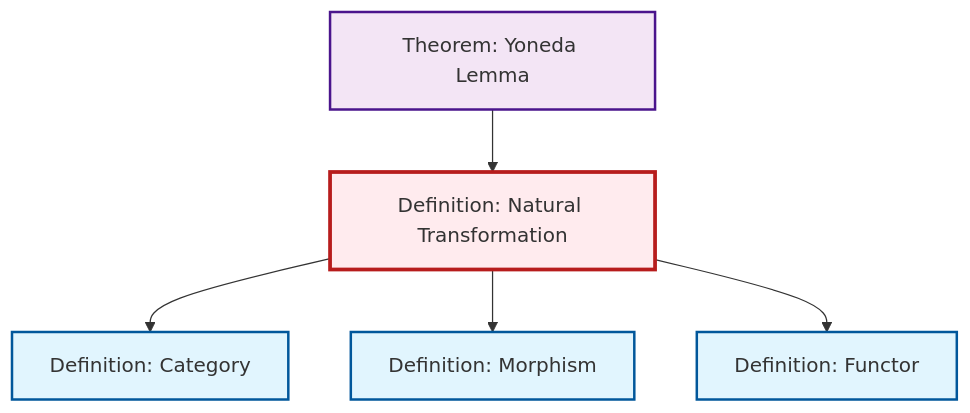
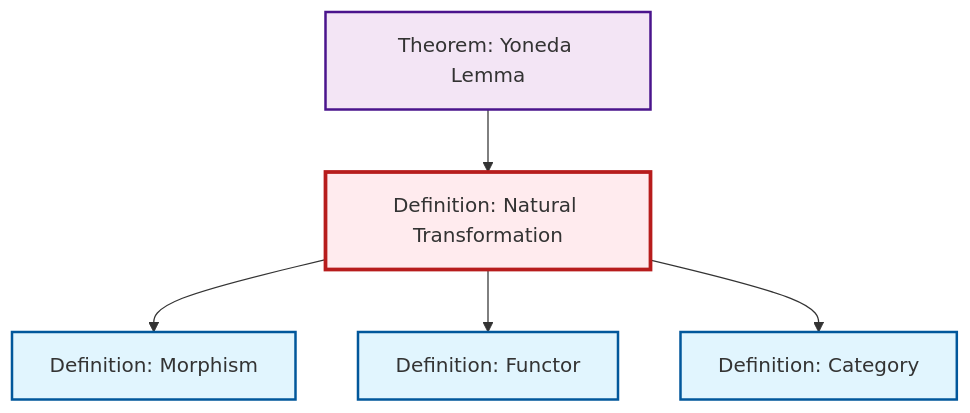
One commit to RK0429/ModernMath changed the diagram in content/en/category-theory/def-natural-transformation.qmd. Above: the diagram before and after it, drawn with Mermaid. The commit also changed other lines of this file and 619 other files, not shown here.

````diff
--- a/content/en/category-theory/def-natural-transformation.qmd
+++ b/content/en/category-theory/def-natural-transformation.qmd
@@ -59,23 +59,23 @@
 ```{mermaid}
 %%| fig-cap: "Local dependency graph"
 graph TD
     classDef definition fill:#e1f5fe,stroke:#01579b,stroke-width:2px
     classDef theorem fill:#f3e5f5,stroke:#4a148c,stroke-width:2px
     classDef axiom fill:#fff3e0,stroke:#e65100,stroke-width:2px
     classDef example fill:#e8f5e9,stroke:#1b5e20,stroke-width:2px
     classDef current fill:#ffebee,stroke:#b71c1c,stroke-width:3px
+    def-functor["Definition: Functor"]:::definition
+    def-morphism["Definition: Morphism"]:::definition
+    thm-yoneda["Theorem: Yoneda Lemma"]:::theorem
     def-natural-transformation["Definition: Natural Transformation"]:::definition
     def-category["Definition: Category"]:::definition
-    thm-yoneda["Theorem: Yoneda Lemma"]:::theorem
-    def-morphism["Definition: Morphism"]:::definition
-    def-functor["Definition: Functor"]:::definition
-    def-natural-transformation --> def-category
     thm-yoneda --> def-natural-transformation
     def-natural-transformation --> def-morphism
     def-natural-transformation --> def-functor
+    def-natural-transformation --> def-category
     class def-natural-transformation current
+    click def-functor "def-functor.html" "Go to Functor definition"
+    click def-morphism "def-morphism.html" "Go to Morphism definition"
+    click thm-yoneda "thm-yoneda.html" "Go to Yoneda Lemma theorem"
     click def-category "def-category.html" "Go to Category definition"
-    click thm-yoneda "thm-yoneda.html" "Go to Yoneda Lemma theorem"
-    click def-morphism "def-morphism.html" "Go to Morphism definition"
-    click def-functor "def-functor.html" "Go to Functor definition"
 ```
````
